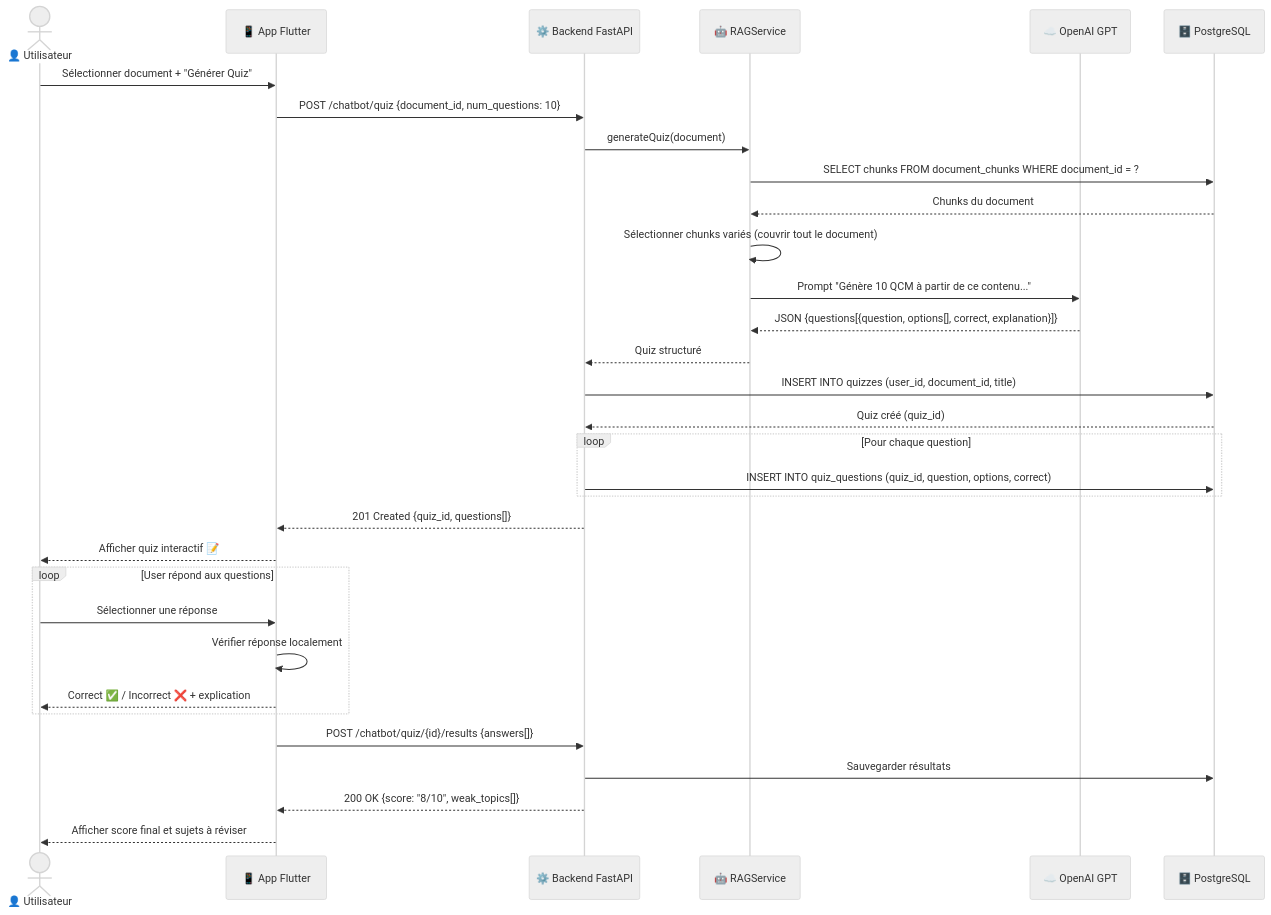
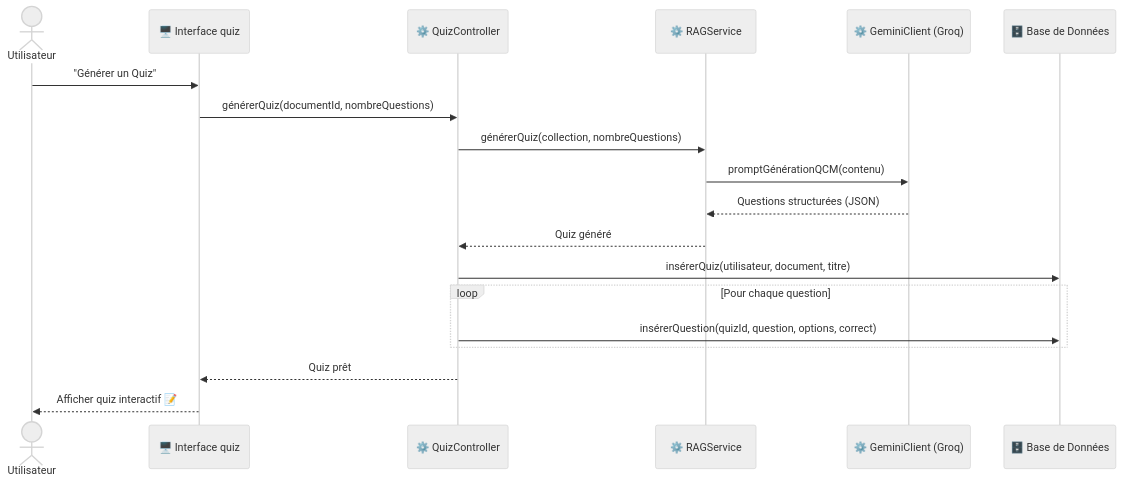
The tenth of 16 diagrams in docs/Conception_DiagrammeSequence.md (Jkacem/smart_focus), drawn with Mermaid (neutral theme) before and after one commit. The commit also changed other lines of this file and 93 other files, not shown here.

````diff
--- a/docs/Conception_DiagrammeSequence.md
+++ b/docs/Conception_DiagrammeSequence.md
@@ -358,42 +321,24 @@
 ```mermaid
 sequenceDiagram
-    actor User as 👤 Utilisateur
-    participant App as 📱 App Flutter
-    participant API as ⚙️ Backend FastAPI
-    participant RAG as 🤖 RAGService
-    participant LLM as ☁️ OpenAI GPT
-    participant DB as 🗄️ PostgreSQL
+    actor Utilisateur
+    participant B as 🖥️ Interface quiz
+    participant C as ⚙️ QuizController
+    participant RAG as ⚙️ RAGService
+    participant LLM as ⚙️ GeminiClient (Groq)
+    participant E as 🗄️ Base de Données
 
-    User->>App: Sélectionner document + "Générer Quiz"
-    App->>API: POST /chatbot/quiz {document_id, num_questions: 10}
-    
-    API->>RAG: generateQuiz(document)
-    RAG->>DB: SELECT chunks FROM document_chunks WHERE document_id = ?
-    DB-->>RAG: Chunks du document
-    
-    RAG->>RAG: Sélectionner chunks variés (couvrir tout le document)
-    RAG->>LLM: Prompt "Génère 10 QCM à partir de ce contenu..."
-    LLM-->>RAG: JSON {questions[{question, options[], correct, explanation}]}
-    RAG-->>API: Quiz structuré
-    
-    API->>DB: INSERT INTO quizzes (user_id, document_id, title)
-    DB-->>API: Quiz créé (quiz_id)
-    
+    Utilisateur->>B: "Générer un Quiz"
+    B->>C: générerQuiz(documentId, nombreQuestions)
+    C->>RAG: générerQuiz(collection, nombreQuestions)
+    RAG->>LLM: promptGénérationQCM(contenu)
+    LLM-->>RAG: Questions structurées (JSON)
+    RAG-->>C: Quiz généré
+
+    C->>E: insérerQuiz(utilisateur, document, titre)
     loop Pour chaque question
-        API->>DB: INSERT INTO quiz_questions (quiz_id, question, options, correct)
+        C->>E: insérerQuestion(quizId, question, options, correct)
     end
-    
-    API-->>App: 201 Created {quiz_id, questions[]}
-    App-->>User: Afficher quiz interactif 📝
-    
-    loop User répond aux questions
-        User->>App: Sélectionner une réponse
-        App->>App: Vérifier réponse localement
-        App-->>User: Correct ✅ / Incorrect ❌ + explication
-    end
-    
-    App->>API: POST /chatbot/quiz/{id}/results {answers[]}
-    API->>DB: Sauvegarder résultats
-    API-->>App: 200 OK {score: "8/10", weak_topics[]}
-    App-->>User: Afficher score final et sujets à réviser
+
+    C-->>B: Quiz prêt
+    B-->>Utilisateur: Afficher quiz interactif 📝
 ```
````
